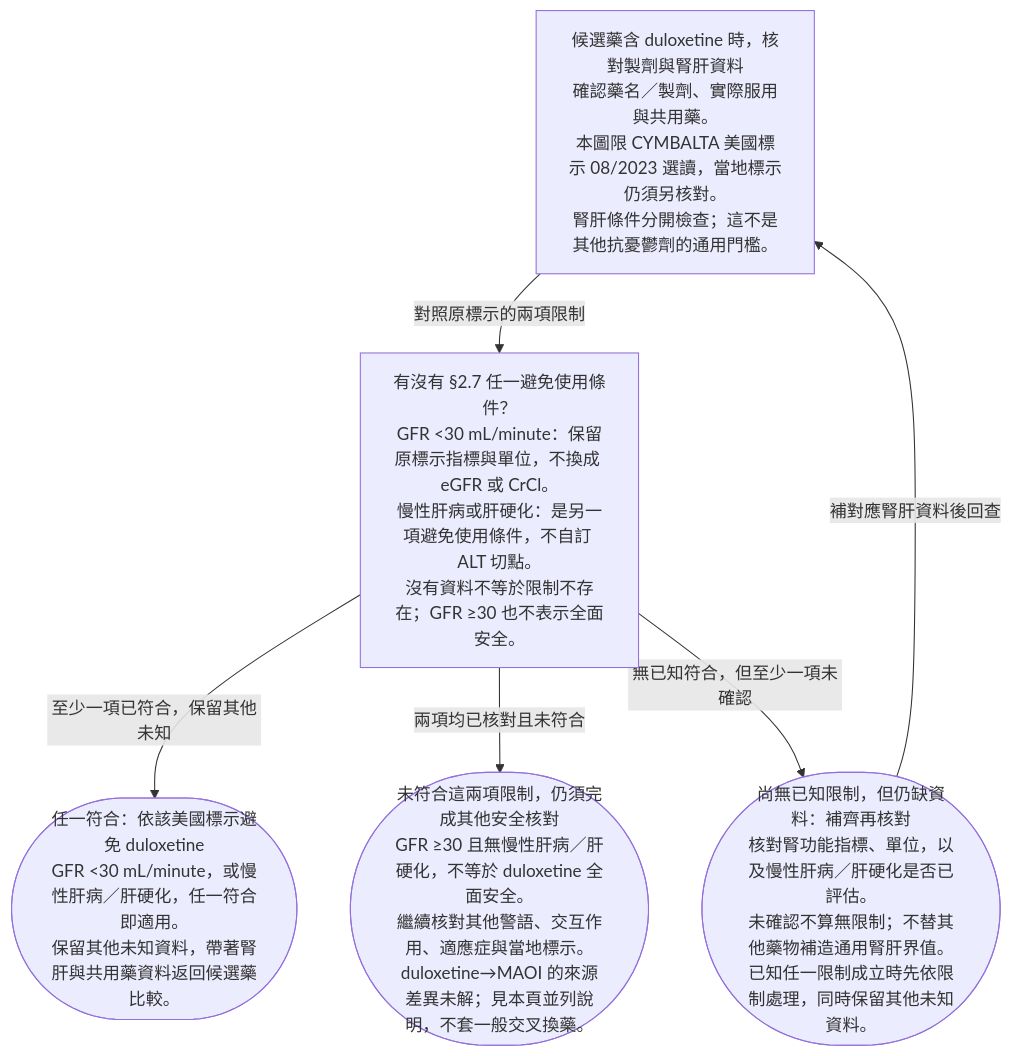
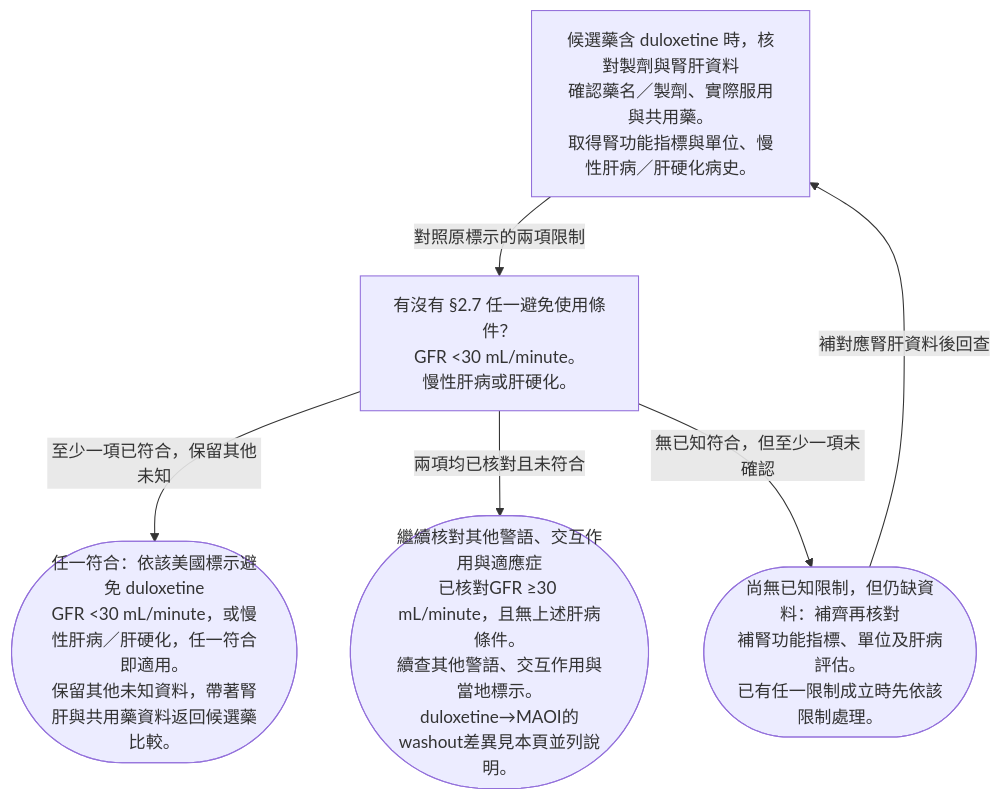
One commit to RoyARVSA/Medwiki changed the diagram in assets/figures/flows/mdd-medication-safety.mmd. Above: the diagram before and after it, drawn with Mermaid. The commit also changed 70 other files, not shown here.

```diff
--- a/assets/figures/flows/mdd-medication-safety.mmd
+++ b/assets/figures/flows/mdd-medication-safety.mmd
@@ -1,11 +1,11 @@
 flowchart TD
-  n0["候選藥含 duloxetine 時，核對製劑與腎肝資料#10;確認藥名／製劑、實際服用與共用藥。#10;本圖限 CYMBALTA 美國標示 08/2023 選讀，當地標示仍須另核對。#10;腎肝條件分開檢查；這不是其他抗憂鬱劑的通用門檻。"]
-  n1["有沒有 §2.7 任一避免使用條件？#10;GFR #60;30 mL/minute：保留原標示指標與單位，不換成 eGFR 或 CrCl。#10;慢性肝病或肝硬化：是另一項避免使用條件，不自訂 ALT 切點。#10;沒有資料不等於限制不存在；GFR ≥30 也不表示全面安全。"]
+  n0["候選藥含 duloxetine 時，核對製劑與腎肝資料#10;確認藥名／製劑、實際服用與共用藥。#10;取得腎功能指標與單位、慢性肝病／肝硬化病史。"]
+  n1["有沒有 §2.7 任一避免使用條件？#10;GFR #60;30 mL/minute。#10;慢性肝病或肝硬化。"]
   n2(["任一符合：依該美國標示避免 duloxetine#10;GFR #60;30 mL/minute，或慢性肝病／肝硬化，任一符合即適用。#10;保留其他未知資料，帶著腎肝與共用藥資料返回候選藥比較。"])
-  n3(["未符合這兩項限制，仍須完成其他安全核對#10;GFR ≥30 且無慢性肝病／肝硬化，不等於 duloxetine 全面安全。#10;繼續核對其他警語、交互作用、適應症與當地標示。#10;duloxetine→MAOI 的來源差異未解；見本頁並列說明，不套一般交叉換藥。"])
-  n4(["尚無已知限制，但仍缺資料：補齊再核對#10;核對腎功能指標、單位，以及慢性肝病／肝硬化是否已評估。#10;未確認不算無限制；不替其他藥物補造通用腎肝界值。#10;已知任一限制成立時先依限制處理，同時保留其他未知資料。"])
+  n3(["繼續核對其他警語、交互作用與適應症#10;已核對GFR ≥30 mL/minute，且無上述肝病條件。#10;續查其他警語、交互作用與當地標示。#10;duloxetine→MAOI的washout差異見本頁並列說明。"])
+  n4(["尚無已知限制，但仍缺資料：補齊再核對#10;補腎功能指標、單位及肝病評估。#10;已有任一限制成立時先依該限制處理。"])
   n0 -->|"對照原標示的兩項限制"| n1
   n1 -->|"至少一項已符合，保留其他未知"| n2
   n1 -->|"兩項均已核對且未符合"| n3
   n1 -->|"無已知符合，但至少一項未確認"| n4
   n4 -->|"補對應腎肝資料後回查"| n0
```
